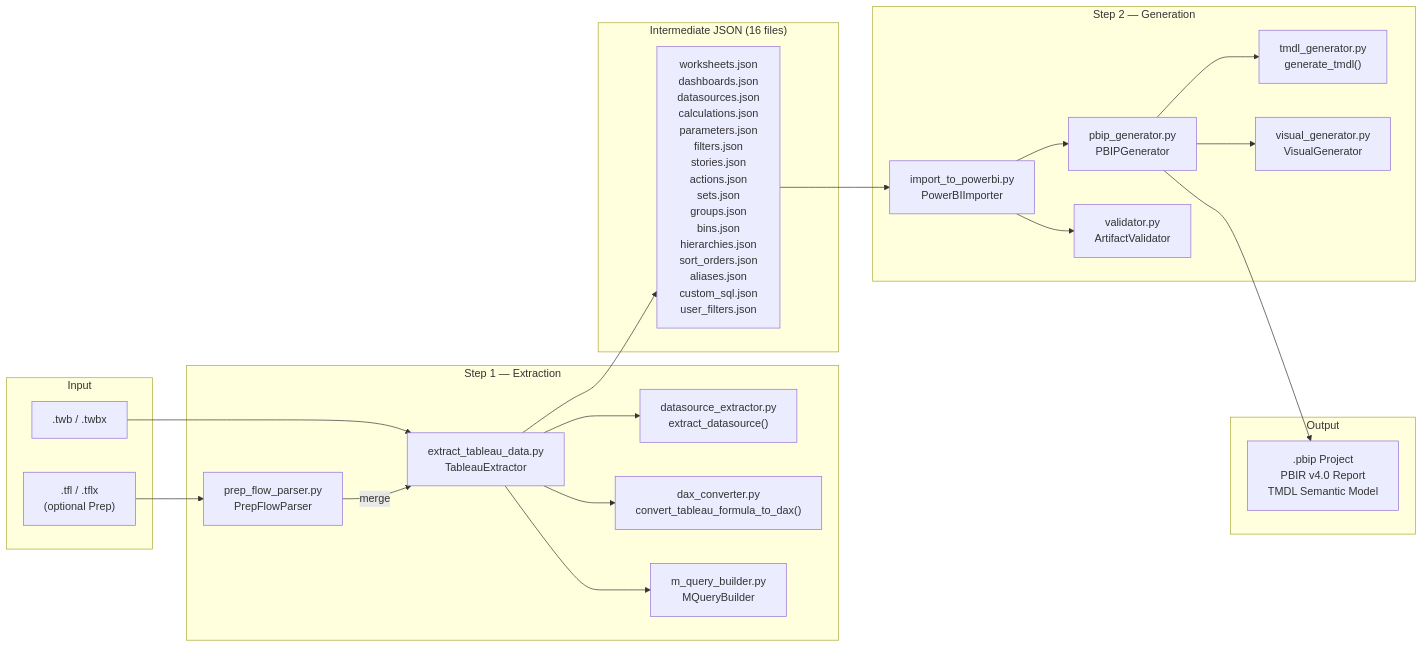
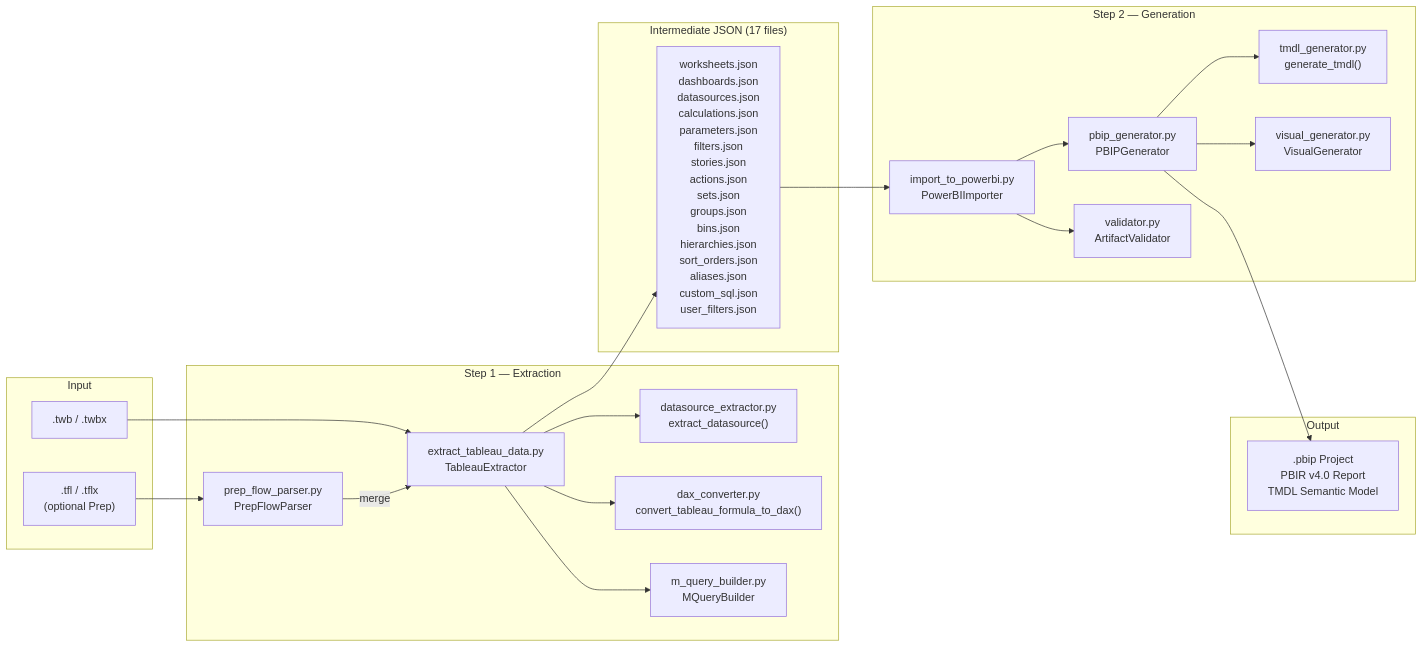
The diagram in docs/ARCHITECTURE.md (cyphou/Tableau-To-PowerBI), drawn with Mermaid before and after one commit. The commit also changed 6 other files, not shown here.

````diff
--- a/docs/ARCHITECTURE.md
+++ b/docs/ARCHITECTURE.md
@@ -11,45 +11,45 @@
 ```mermaid
 flowchart LR
     subgraph Input
         TWB[".twb / .twbx"]
         TFL[".tfl / .tflx<br/>(optional Prep)"]
     end
 
     subgraph "Step 1 — Extraction"
         EXT["extract_tableau_data.py<br/>TableauExtractor"]
         DSE["datasource_extractor.py<br/>extract_datasource()"]
         DAX["dax_converter.py<br/>convert_tableau_formula_to_dax()"]
         MQB["m_query_builder.py<br/>MQueryBuilder"]
         PFP["prep_flow_parser.py<br/>PrepFlowParser"]
     end
 
-    subgraph "Intermediate JSON (16 files)"
+    subgraph "Intermediate JSON (17 files)"
         JSON["worksheets.json<br/>dashboards.json<br/>datasources.json<br/>calculations.json<br/>parameters.json<br/>filters.json<br/>stories.json<br/>actions.json<br/>sets.json<br/>groups.json<br/>bins.json<br/>hierarchies.json<br/>sort_orders.json<br/>aliases.json<br/>custom_sql.json<br/>user_filters.json"]
     end
 
     subgraph "Step 2 — Generation"
         IMP["import_to_powerbi.py<br/>PowerBIImporter"]
         PBIP["pbip_generator.py<br/>PBIPGenerator"]
         TMDL["tmdl_generator.py<br/>generate_tmdl()"]
         VIS["visual_generator.py<br/>VisualGenerator"]
         VAL["validator.py<br/>ArtifactValidator"]
     end
 
     subgraph Output
         PROJ[".pbip Project<br/>PBIR v4.0 Report<br/>TMDL Semantic Model"]
     end
 
     TWB --> EXT
     TFL --> PFP
     EXT --> DSE
     EXT --> DAX
     EXT --> MQB
     PFP -->|merge| EXT
     EXT --> JSON
     JSON --> IMP
     IMP --> PBIP
     PBIP --> TMDL
     PBIP --> VIS
     IMP --> VAL
     PBIP --> PROJ
 ```
````
